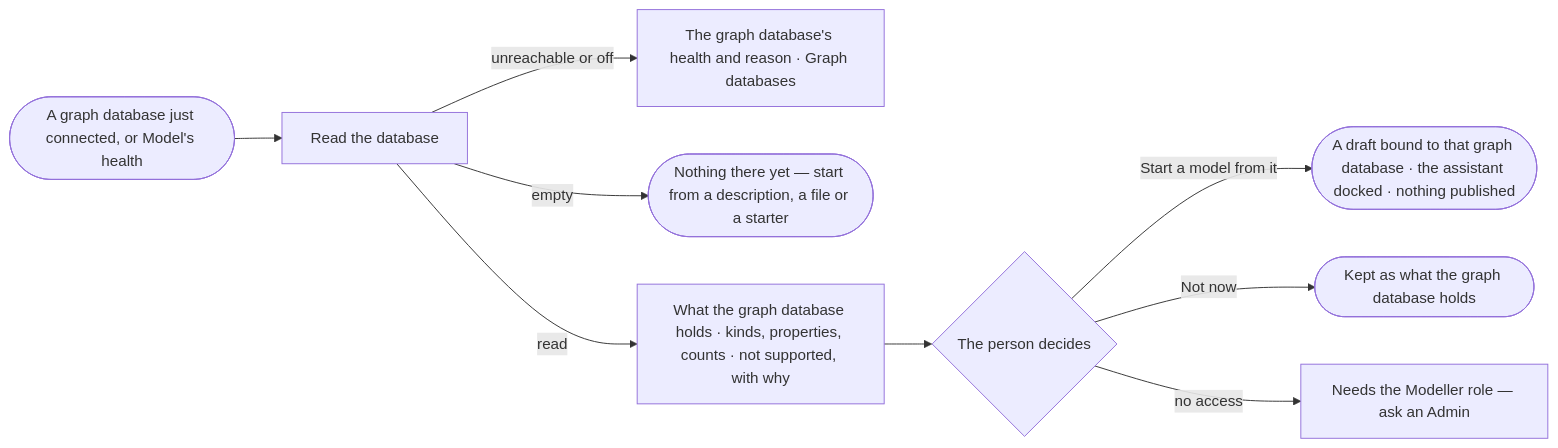
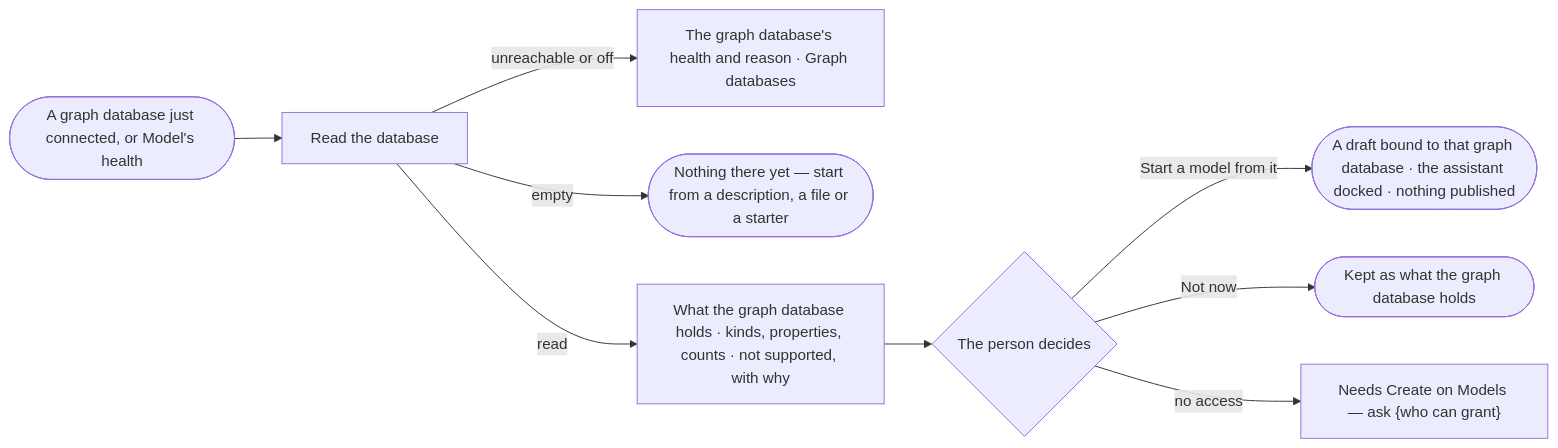
One commit to invana/invana changed the diagram in specs/capabilities/semantics/features/SE-F01-start-a-model/stories/SE-04-draft-a-model-from-the-database/story.md. Above: the diagram before and after it, drawn with Mermaid. The commit also changed other lines of this file and 456 other files, not shown here.

````diff
--- a/specs/capabilities/semantics/features/SE-F01-start-a-model/stories/SE-04-draft-a-model-from-the-database/story.md
+++ b/specs/capabilities/semantics/features/SE-F01-start-a-model/stories/SE-04-draft-a-model-from-the-database/story.md
@@ -26,11 +27,11 @@
 ```mermaid
 flowchart LR
   a([A graph database just connected, or Model's health]) --> r["Read the database"]
   r -->|unreachable or off| u["The graph database's health and reason · Graph databases"]
   r -->|empty| e(["Nothing there yet — start from a description, a file or a starter"])
   r -->|read| m["What the graph database holds · kinds, properties, counts · not supported, with why"]
   m --> d{The person decides}
   d -->|Start a model from it| dr(["A draft bound to that graph database · the assistant docked · nothing published"])
   d -->|Not now| k(["Kept as what the graph database holds"])
-  d -->|no access| na["Needs the Modeller role — ask an Admin"]
+  d -->|no access| na["Needs Create on Models — ask {who can grant}"]
 ```
````
